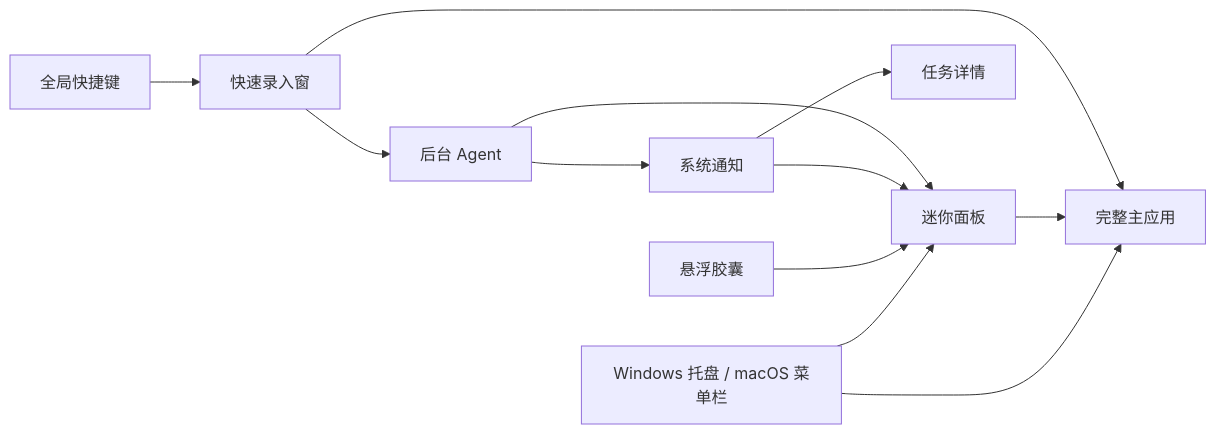
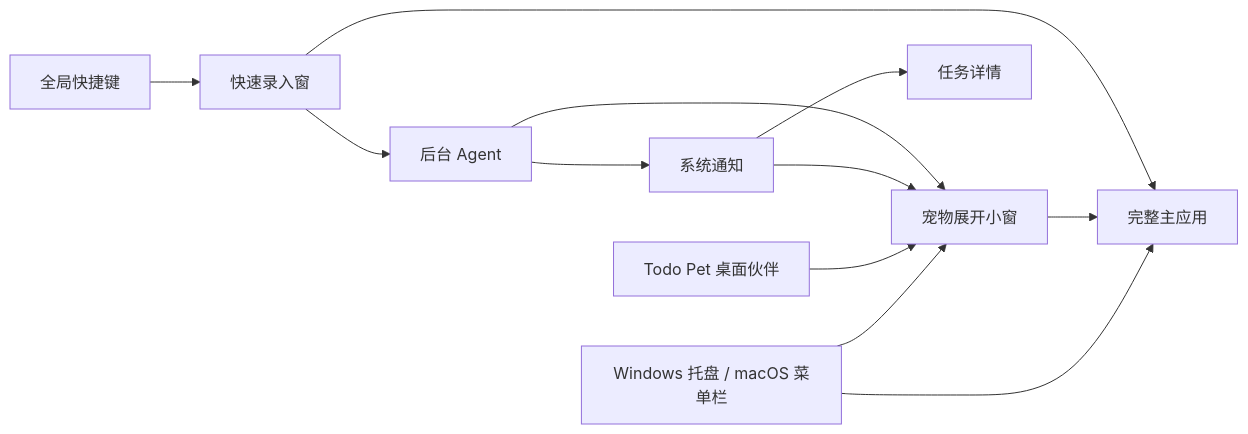
One commit to BrotherHappy/TodoAgent changed the first of 11 diagrams in docs/UX_INFORMATION_ARCHITECTURE.md. Above: the diagram before and after it, drawn with Mermaid. The commit also changed other lines of this file and 38 other files, not shown here.

First line of the commit message:
feat: make Todo Pet the native desktop experience

````diff
--- a/docs/UX_INFORMATION_ARCHITECTURE.md
+++ b/docs/UX_INFORMATION_ARCHITECTURE.md
@@ -19,22 +19,22 @@
 ```mermaid
 flowchart LR
     OS[Windows 托盘 / macOS 菜单栏]
     HOTKEY[全局快捷键]
-    CAPSULE[悬浮胶囊]
-    PEEK[迷你面板]
+    PET[Todo Pet 桌面伙伴]
+    PETPANEL[宠物展开小窗]
     APP[完整主应用]
     NOTICE[系统通知]
     AGENT[后台 Agent]
 
-    OS --> PEEK
+    OS --> PETPANEL
     OS --> APP
     HOTKEY --> QUICK[快速录入窗]
-    CAPSULE --> PEEK
-    PEEK --> APP
+    PET --> PETPANEL
+    PETPANEL --> APP
     NOTICE --> DETAIL[任务详情]
-    NOTICE --> PEEK
+    NOTICE --> PETPANEL
     AGENT --> NOTICE
-    AGENT --> PEEK
+    AGENT --> PETPANEL
     QUICK --> AGENT
     QUICK --> APP
 ```
````
